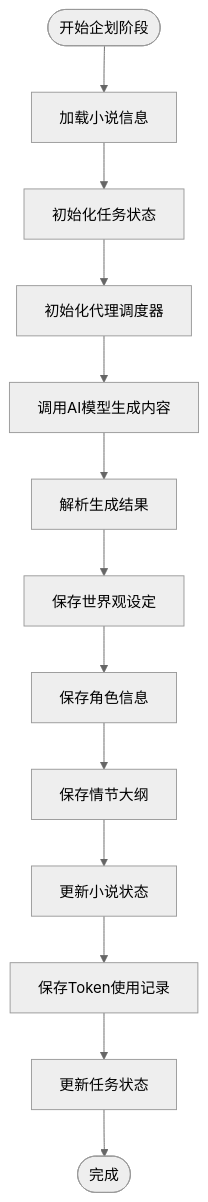
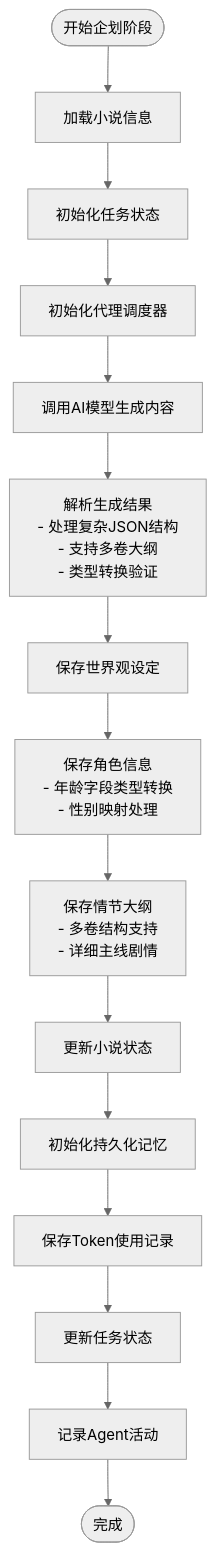
One commit to xfbyxq/ai-novel-system changed the fourth of 10 diagrams in .qoder/repowiki/zh/content/Generation Service.md. Above: the diagram before and after it, drawn with Mermaid (neutral theme). The commit also changed other lines of this file and 4 other files, not shown here.

````diff
--- a/.qoder/repowiki/zh/content/Generation Service.md
+++ b/.qoder/repowiki/zh/content/Generation Service.md
@@ -195,15 +235,17 @@
 ```mermaid
 flowchart TD
 Start([开始企划阶段]) --> LoadNovel["加载小说信息"]
 LoadNovel --> InitTask["初始化任务状态"]
 InitTask --> InitAgent["初始化代理调度器"]
 InitAgent --> CallLLM["调用AI模型生成内容"]
-CallLLM --> ParseResult["解析生成结果"]
+CallLLM --> ParseResult["解析生成结果<br/>- 处理复杂JSON结构<br/>- 支持多卷大纲<br/>- 类型转换验证"]
 ParseResult --> SaveWorld["保存世界观设定"]
-SaveWorld --> SaveCharacters["保存角色信息"]
-SaveCharacters --> SaveOutline["保存情节大纲"]
+SaveWorld --> SaveCharacters["保存角色信息<br/>- 年龄字段类型转换<br/>- 性别映射处理"]
+SaveCharacters --> SaveOutline["保存情节大纲<br/>- 多卷结构支持<br/>- 详细主线剧情"]
 SaveOutline --> UpdateNovel["更新小说状态"]
-UpdateNovel --> SaveTokens["保存Token使用记录"]
+UpdateNovel --> InitMemory["初始化持久化记忆"]
+InitMemory --> SaveTokens["保存Token使用记录"]
 SaveTokens --> UpdateTask["更新任务状态"]
-UpdateTask --> End([完成])
+UpdateTask --> RecordActivities["记录Agent活动"]
+RecordActivities --> End([完成])
 ```
````
